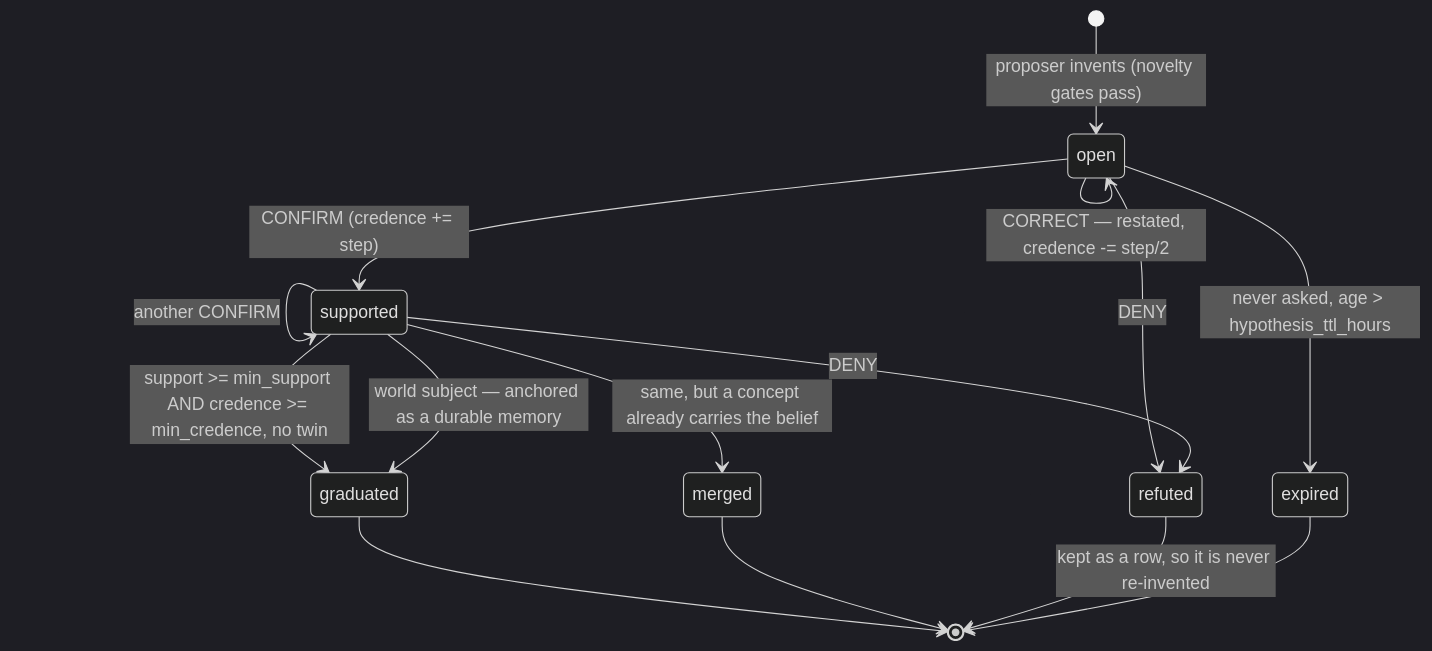
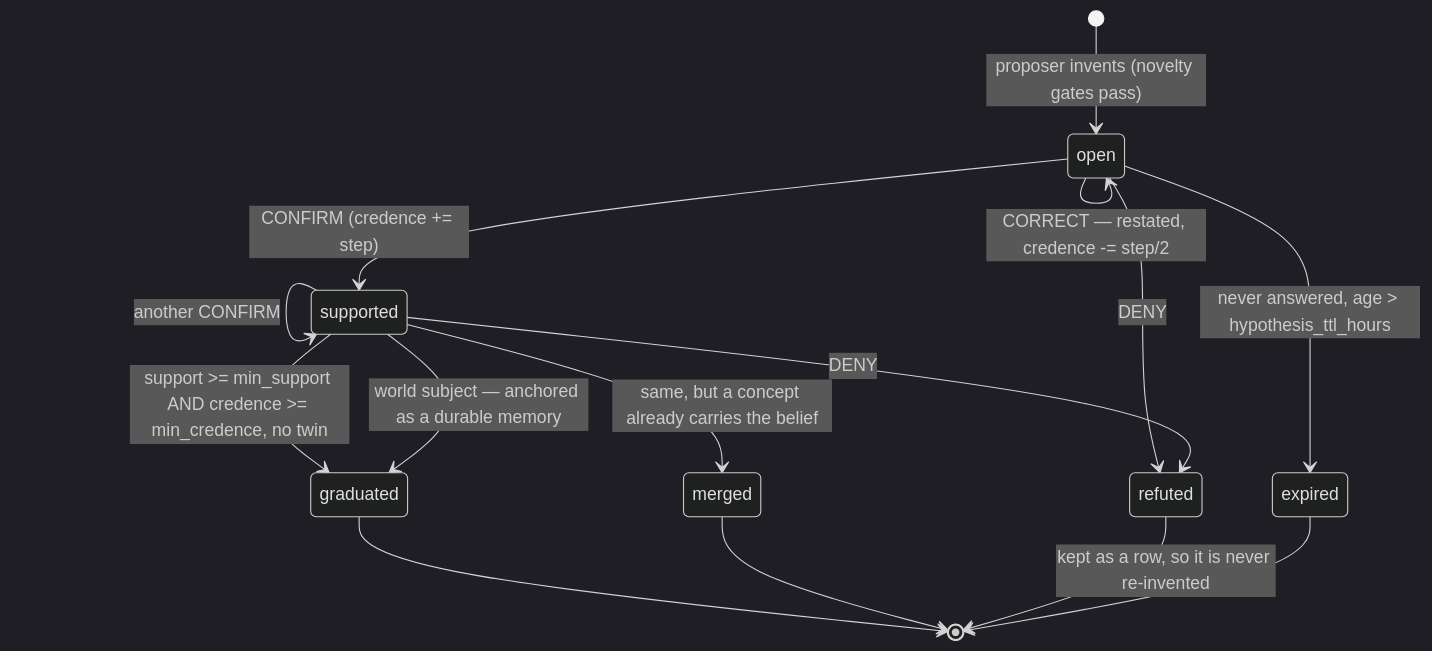
One commit to JakubBlunar/Aiko changed the diagram in docs/hypotheses.md. Above: the diagram before and after it, drawn with Mermaid (dark theme). The commit also changed other lines of this file and 10 other files, not shown here.

Commit message:
unasked hypothesis ttl

````diff
--- a/docs/hypotheses.md
+++ b/docs/hypotheses.md
@@ -125,17 +125,17 @@
 ```mermaid
 stateDiagram-v2
     [*] --> open: proposer invents (novelty gates pass)
-    open --> expired: never asked, age > hypothesis_ttl_hours
+    open --> expired: never answered, age > hypothesis_ttl_hours
     open --> supported: CONFIRM (credence += step)
     open --> refuted: DENY
     open --> open: CORRECT — restated, credence -= step/2
     supported --> supported: another CONFIRM
     supported --> refuted: DENY
     supported --> graduated: support >= min_support AND credence >= min_credence, no twin
     supported --> merged: same, but a concept already carries the belief
     supported --> graduated: world subject — anchored as a durable memory
     graduated --> [*]
     merged --> [*]
     refuted --> [*]: kept as a row, so it is never re-invented
     expired --> [*]
 ```
````
